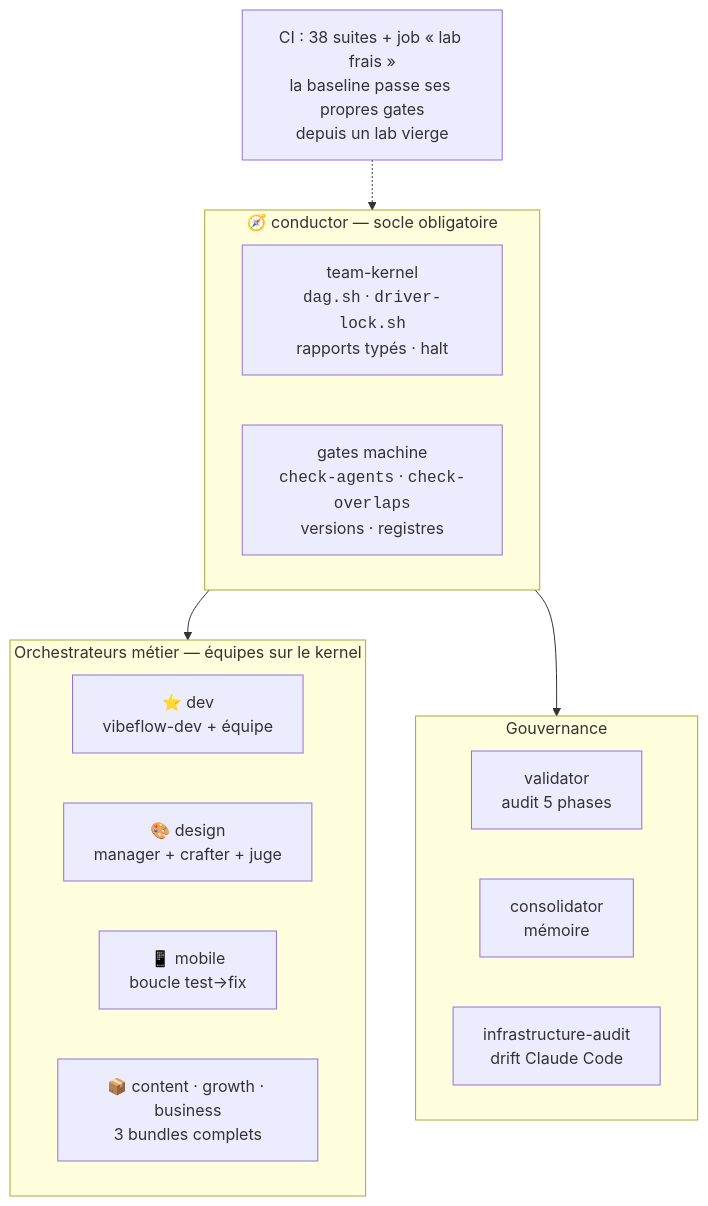
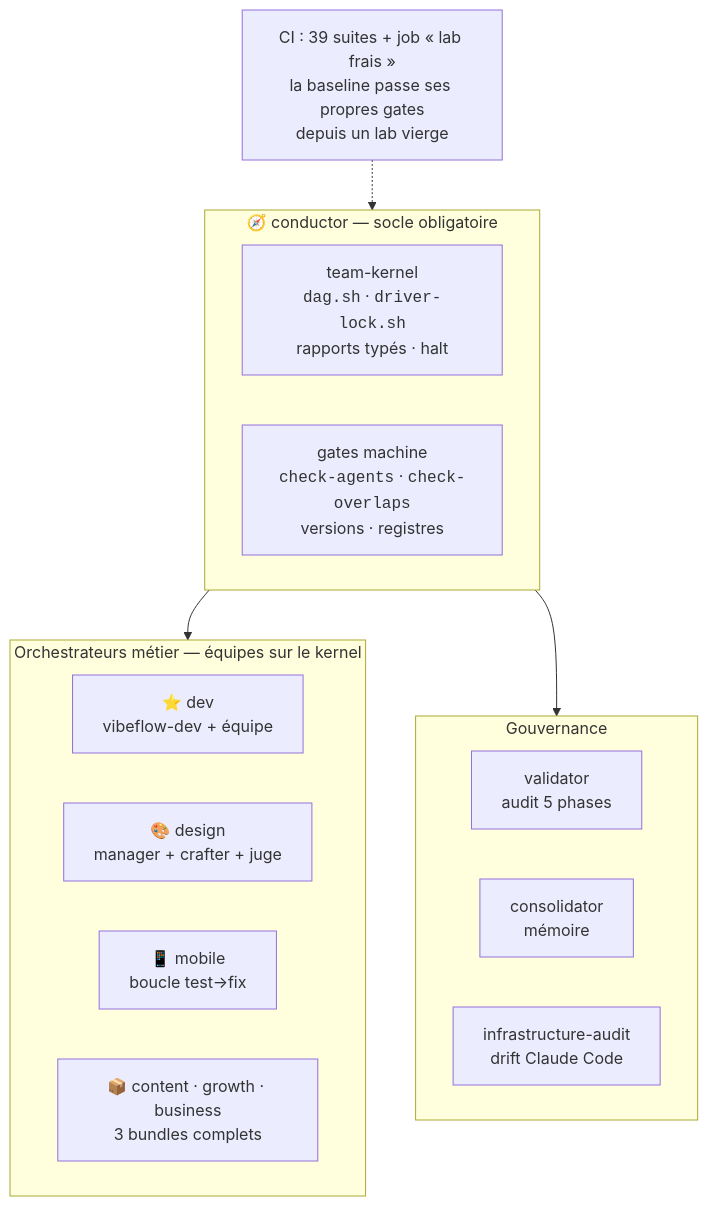
One commit to picmakpro/vibeflow-os changed the fourth of 4 diagrams in README.fr.md. Above: the diagram before and after it, drawn with Mermaid. The commit also changed other lines of this file and 1 other file, not shown here.

Commit message:
docs(readme): synchronise le compteur de suites 38 → 39 (test-gsd-cohabitation.sh, 11-06)
- README.md et README.fr.md, 2 occurrences chacun (diagramme mermaid + section Auditable)
- Conséquence directe de la nouvelle suite test-gsd-cohabitation.sh posée en 11-04

````diff
--- a/README.fr.md
+++ b/README.fr.md
@@ -151,21 +151,21 @@
 ```mermaid
 flowchart TD
     subgraph socle["🧭 conductor — socle obligatoire"]
         K["team-kernel<br/><code>dag.sh</code> · <code>driver-lock.sh</code><br/>rapports typés · halt"]
         G["gates machine<br/><code>check-agents</code> · <code>check-overlaps</code><br/>versions · registres"]
     end
     subgraph orch["Orchestrateurs métier — équipes sur le kernel"]
         DEV["⭐ dev<br/>vibeflow-dev + équipe"]
         DES["🎨 design<br/>manager + crafter + juge"]
         MOB["📱 mobile<br/>boucle test→fix"]
         BIZ["📦 content · growth · business<br/>3 bundles complets"]
     end
     subgraph gouv["Gouvernance"]
         V["validator<br/>audit 5 phases"]
         CO["consolidator<br/>mémoire"]
         IA["infrastructure-audit<br/>drift Claude Code"]
     end
     socle --> orch
     socle --> gouv
-    CI["CI : 38 suites + job « lab frais »<br/>la baseline passe ses propres gates<br/>depuis un lab vierge"] -.-> socle
+    CI["CI : 39 suites + job « lab frais »<br/>la baseline passe ses propres gates<br/>depuis un lab vierge"] -.-> socle
 ```
````
